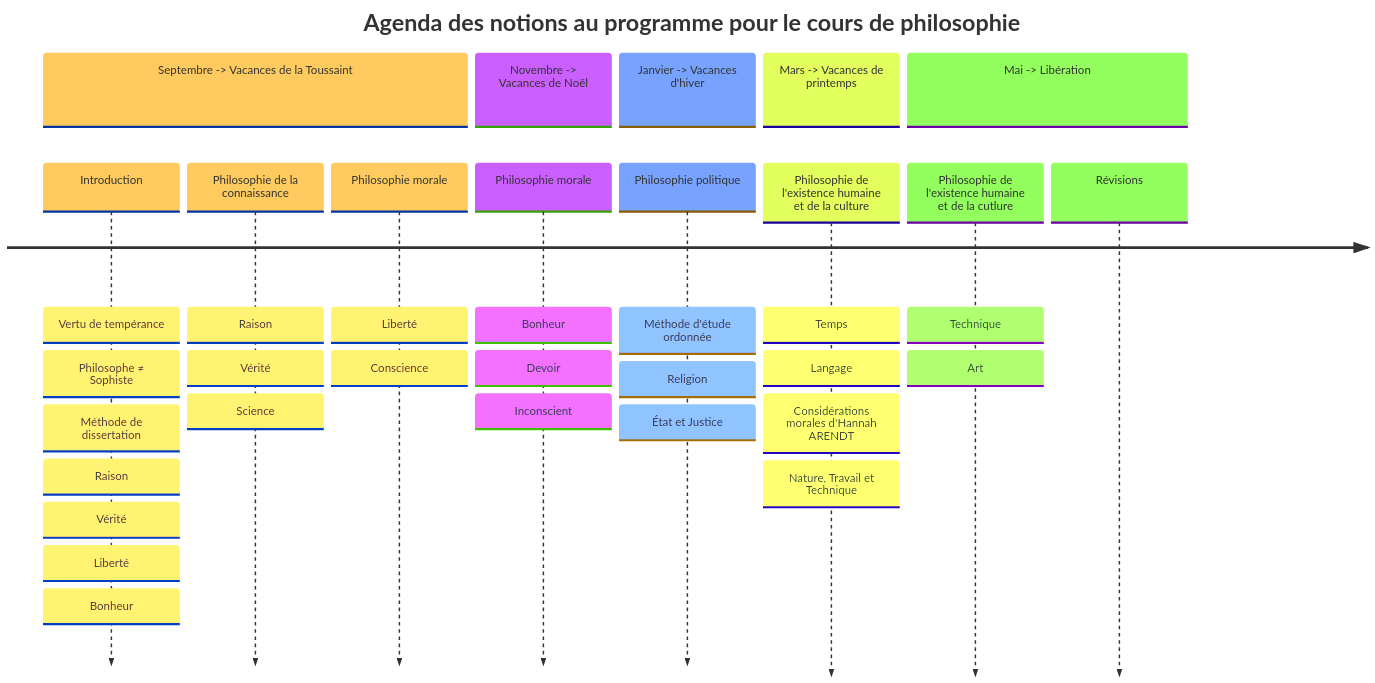
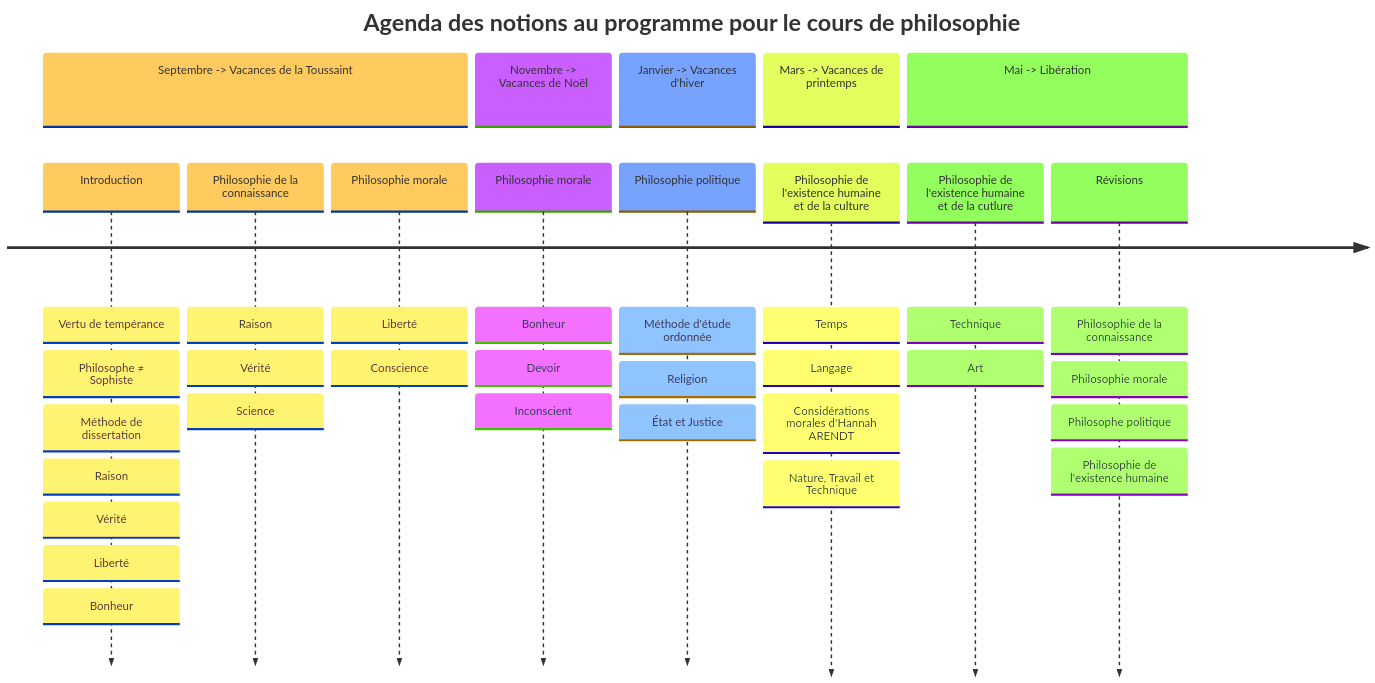
The diagram in PlanCours-notions.mmd (IpadDilectio/Mairmaid), drawn with Mermaid before and after one commit.

Commit message:
Update PlanCours-notions.mmd
J'ai rajouté des détails pour les révisions.

```diff
--- a/PlanCours-notions.mmd
+++ b/PlanCours-notions.mmd
@@ -1,21 +1,21 @@
 ---
 config:
   theme: base
   themeVariables:
     fontFamily: verdana
 ---
 timeline
     title Agenda des notions au programme pour le cours de philosophie
     section Septembre -> Vacances de la Toussaint
         Introduction : Vertu de tempérance : Philosophe ≠ Sophiste : Méthode de dissertation : Raison : Vérité : Liberté : Bonheur
         Philosophie de la connaissance : Raison : Vérité : Science
         Philosophie morale : Liberté : Conscience
     section Novembre -> Vacances de Noël
         Philosophie morale : Bonheur : Devoir : Inconscient
     section Janvier -> Vacances d'hiver
         Philosophie politique : Méthode d'étude ordonnée : Religion : État et Justice
     section Mars -> Vacances de printemps
         Philosophie de l'existence humaine et de la culture : Temps : Langage : Considérations morales d'Hannah ARENDT : Nature, Travail et Technique
     section Mai -> Libération
         Philosophie de l'existence humaine et de la cutlure : Technique : Art
-        Révisions
+        Révisions : Philosophie de la connaissance : Philosophie morale : Philosophe politique : Philosophie de l'existence humaine
```
